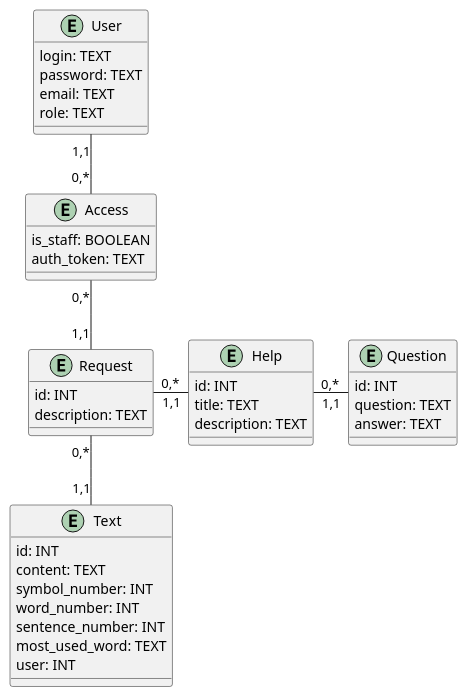
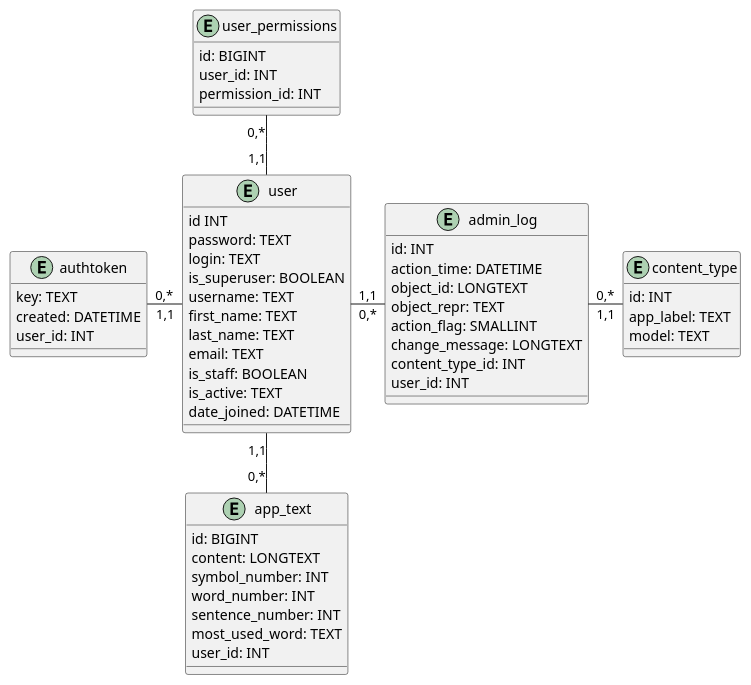
The third of 3 diagrams in docs/design/README.md (edu-db/edu_db_labs), drawn with PlantUML before and after one commit. The commit also changed other lines of this file and 2 other files, not shown here.

````diff
--- a/docs/design/README.md
+++ b/docs/design/README.md
@@ -82,49 +121,64 @@
+```plantuml
 @startuml
 
-entity User {
+entity user {
+    id INT
+    password: TEXT
     login: TEXT
-    password: TEXT
+    is_superuser: BOOLEAN
+    username: TEXT
+    first_name: TEXT
+    last_name: TEXT
     email: TEXT
-    role: TEXT
+    is_staff: BOOLEAN
+    is_active: TEXT
+    date_joined: DATETIME
 }
 
-entity Request {
-    id: INT
-    description: TEXT
+entity user_permissions{
+    id: BIGINT
+    user_id: INT
+    permission_id: INT
 }
 
-entity Text {
+entity authtoken{
+    key: TEXT
+    created: DATETIME
+    user_id: INT
+}
+
+entity admin_log{
     id: INT
-    content: TEXT
+    action_time: DATETIME
+    object_id: LONGTEXT
+    object_repr: TEXT
+    action_flag: SMALLINT
+    change_message: LONGTEXT
+    content_type_id: INT
+    user_id: INT
+}
+
+entity content_type{
+    id: INT
+    app_label: TEXT
+    model: TEXT
+}
+
+entity app_text {
+    id: BIGINT
+    content: LONGTEXT
     symbol_number: INT
     word_number: INT
     sentence_number: INT
     most_used_word: TEXT
-    user: INT
+    user_id: INT
 }
 
-entity Help {
-    id: INT
-    title: TEXT
-    description: TEXT
-}
-
-entity Access {
-    is_staff: BOOLEAN
-    auth_token: TEXT
-}
-
-entity Question{
-    id: INT
-    question: TEXT
-    answer: TEXT
-}
-
-
-User "1,1" -- "0,*" Access
-Access "0,*" -- "1,1" Request
-Request "0,*" -- "1,1" Text
-Request "0,*" -r- "1,1" Help
-Help "0,*" -r- "1,1" Question
+app_text "0,*" -u- "1,1" user
+user_permissions "0,*" -d- "1,1" user
+authtoken "0,*" -r- "1,1" user
+admin_log "0,*" -l- "1,1" user
+admin_log "0,*" -r- "1,1" content_type
 
 @enduml
+```
````
